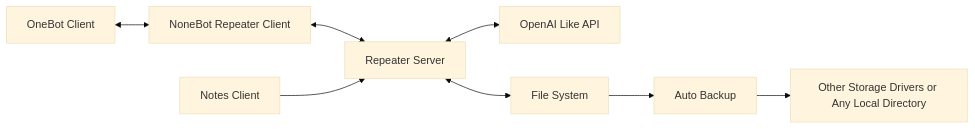
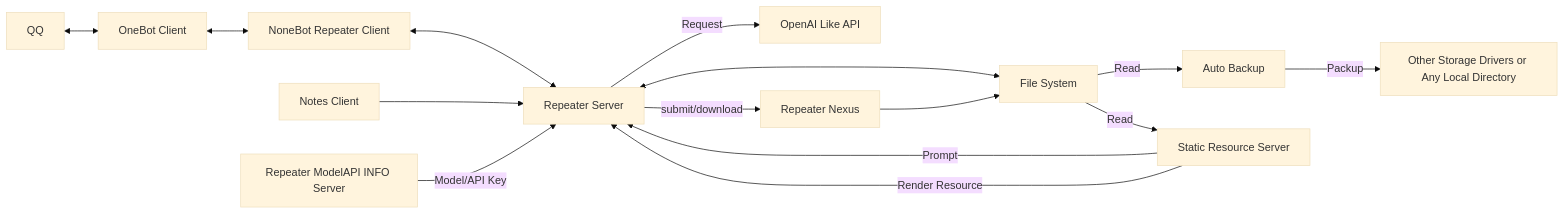
The diagram in docs/index.md (qeggs-dev/repeater-document-library), drawn with Mermaid (base theme) before and after one commit. The commit also changed other lines of this file, not shown here.

````diff
--- a/docs/index.md
+++ b/docs/index.md
@@ -113,10 +117,17 @@
 ``` mermaid
 graph LR
+    QQ <--> A
     A[OneBot Client] <--> B[NoneBot Repeater Client]
     B <--> C[Repeater Server]
-    C <--> D[OpenAI Like API]
+    C -->|Request| D[OpenAI Like API]
     C <--> E[File System]
     F[Notes Client] --> C
-    E --> G[Auto Backup]
-    G --> H[Other Storage Drivers or Any Local Directory]
+    E -->|Read| G[Auto Backup]
+    G -->|Packup| H[Other Storage Drivers or Any Local Directory]
+    I[Repeater ModelAPI INFO Server] -->|Model/API Key| C
+    J[Static Resource Server] -->|Prompt| C
+    J -->|Render Resource| C
+    E -->|Read| J
+    C -->|submit/download| K[Repeater Nexus]
+    K --> E
 ```
````
